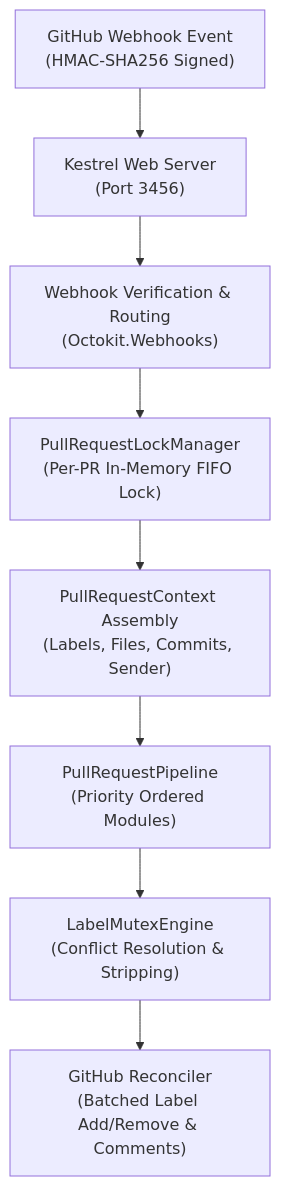
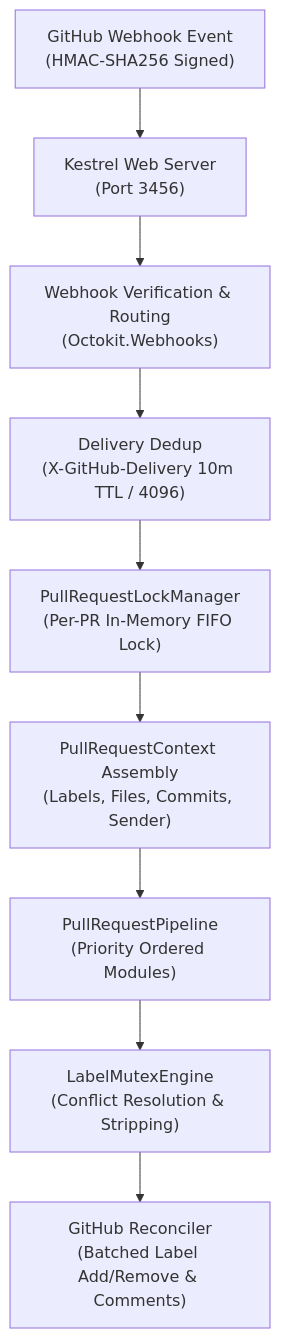
Before and after one commit to openRuyi-Project/abaci-bot: the diagram in docs/architecture.md, drawn with Mermaid. The commit also changed other lines of this file and 27 other files, not shown here.

````diff
--- a/docs/architecture.md
+++ b/docs/architecture.md
@@ -11,10 +11,11 @@
 ```mermaid
 flowchart TD
     GH["GitHub Webhook Event<br>(HMAC-SHA256 Signed)"] --> Kestrel["Kestrel Web Server<br>(Port 3456)"]
     Kestrel --> MW["Webhook Verification & Routing<br>(Octokit.Webhooks)"]
-    MW --> Lock["PullRequestLockManager<br>(Per-PR In-Memory FIFO Lock)"]
+    MW --> Dedup["Delivery Dedup<br>(X-GitHub-Delivery 10m TTL / 4096)"]
+    Dedup --> Lock["PullRequestLockManager<br>(Per-PR In-Memory FIFO Lock)"]
     Lock --> Ctx["PullRequestContext Assembly<br>(Labels, Files, Commits, Sender)"]
     Ctx --> Pipe["PullRequestPipeline<br>(Priority Ordered Modules)"]
     Pipe --> Mutex["LabelMutexEngine<br>(Conflict Resolution & Stripping)"]
     Mutex --> Sync["GitHub Reconciler<br>(Batched Label Add/Remove & Comments)"]
 ```
````
